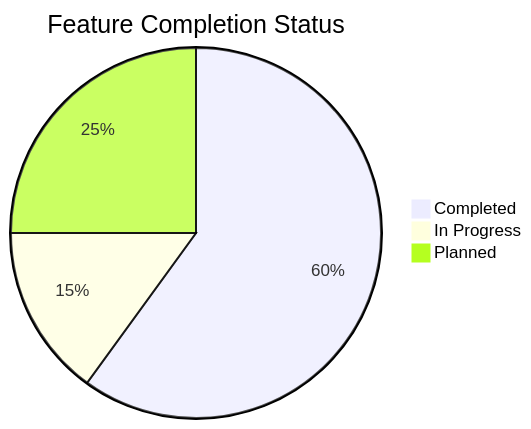
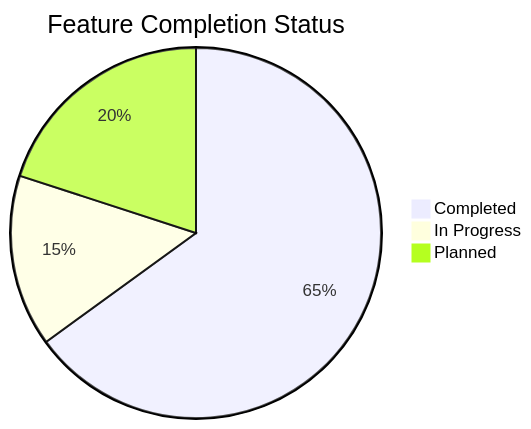
The second of 2 diagrams in docs/planning/roadmap.md (mrj0nesmtl/cloud-burst), drawn with Mermaid before and after one commit. The commit also changed other lines of this file and 55 other files, not shown here.

````diff
--- a/docs/planning/roadmap.md
+++ b/docs/planning/roadmap.md
@@ -148,6 +156,6 @@
 ```mermaid
 pie title Feature Completion Status
-    "Completed" : 60
+    "Completed" : 65
     "In Progress" : 15
-    "Planned" : 25
+    "Planned" : 20
 ```
````
